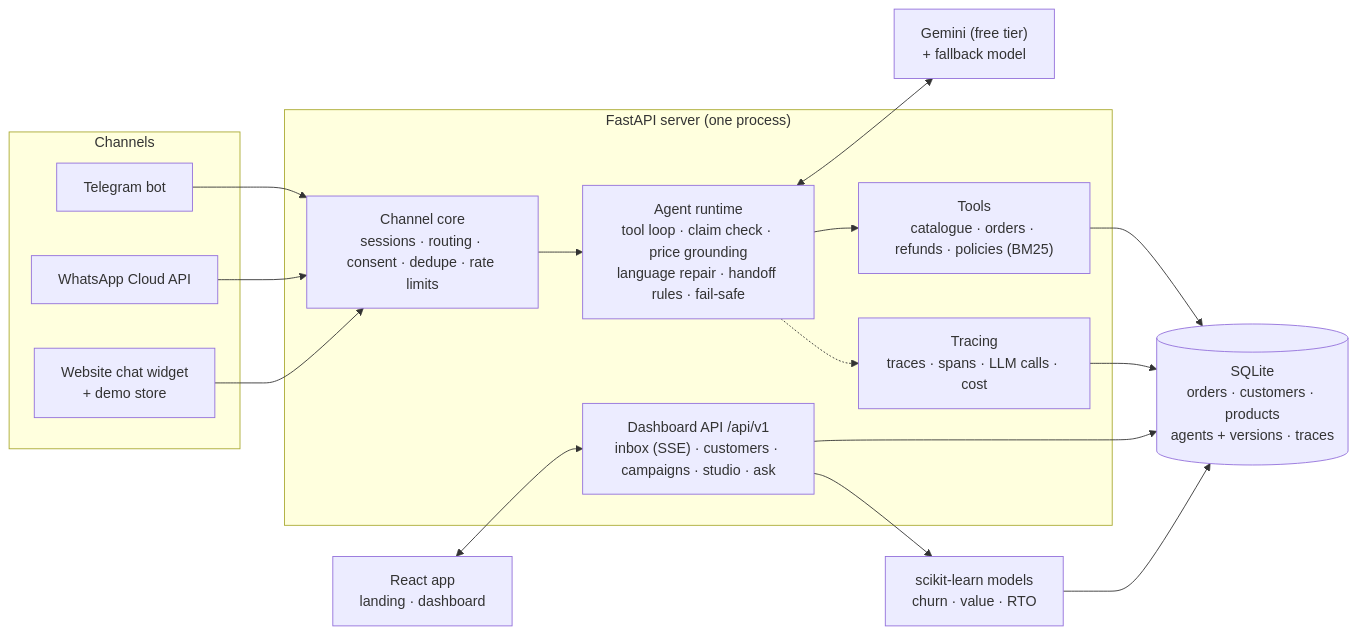
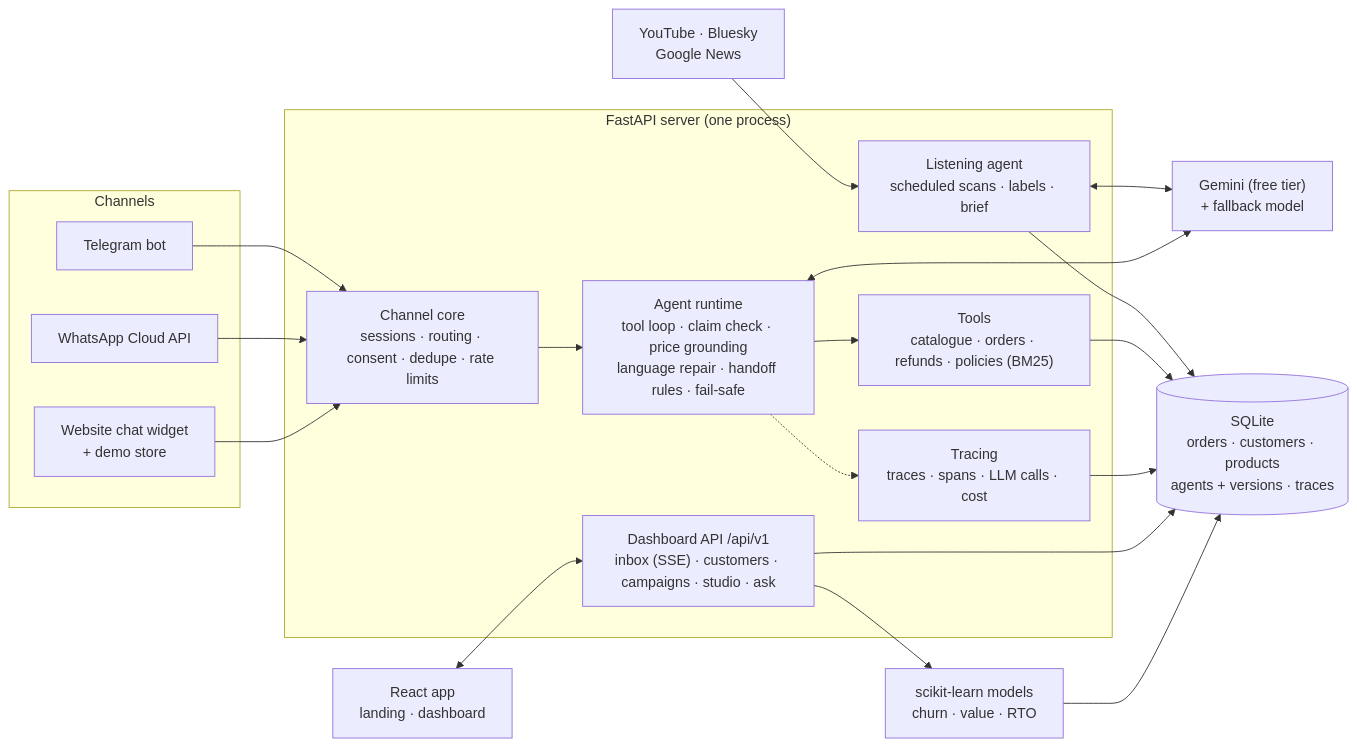
The diagram in README.md (AdarshSingh113/StoickMind), drawn with Mermaid before and after one commit. The commit also changed other lines of this file and 3 other files, not shown here.

````diff
--- a/README.md
+++ b/README.md
@@ -101,26 +116,30 @@
 ```mermaid
 flowchart LR
     subgraph Channels
         TG[Telegram bot]
         WA[WhatsApp Cloud API]
         WEB[Website chat widget<br>+ demo store]
     end
     subgraph Server["FastAPI server (one process)"]
         CORE["Channel core<br>sessions · routing · consent · dedupe · rate limits"]
         RT["Agent runtime<br>tool loop · claim check · price grounding<br>language repair · handoff rules · fail-safe"]
         TOOLS["Tools<br>catalogue · orders · refunds · policies (BM25)"]
         API["Dashboard API /api/v1<br>inbox (SSE) · customers · campaigns · studio · ask"]
         OBS["Tracing<br>traces · spans · LLM calls · cost"]
+        LS["Listening agent<br>scheduled scans · labels · brief"]
     end
     LLM["Gemini (free tier)<br>+ fallback model"]
     DB[("SQLite<br>orders · customers · products<br>agents + versions · traces")]
     ML["scikit-learn models<br>churn · value · RTO"]
     UI["React app<br>landing · dashboard"]
+    PUB["YouTube · Bluesky<br>Google News"]
 
     TG & WA & WEB --> CORE --> RT
+    PUB --> LS --> DB
+    LS <--> LLM
     RT <--> LLM
     RT --> TOOLS --> DB
     RT -.-> OBS --> DB
     UI <--> API --> DB
     API --> ML --> DB
 ```
````
